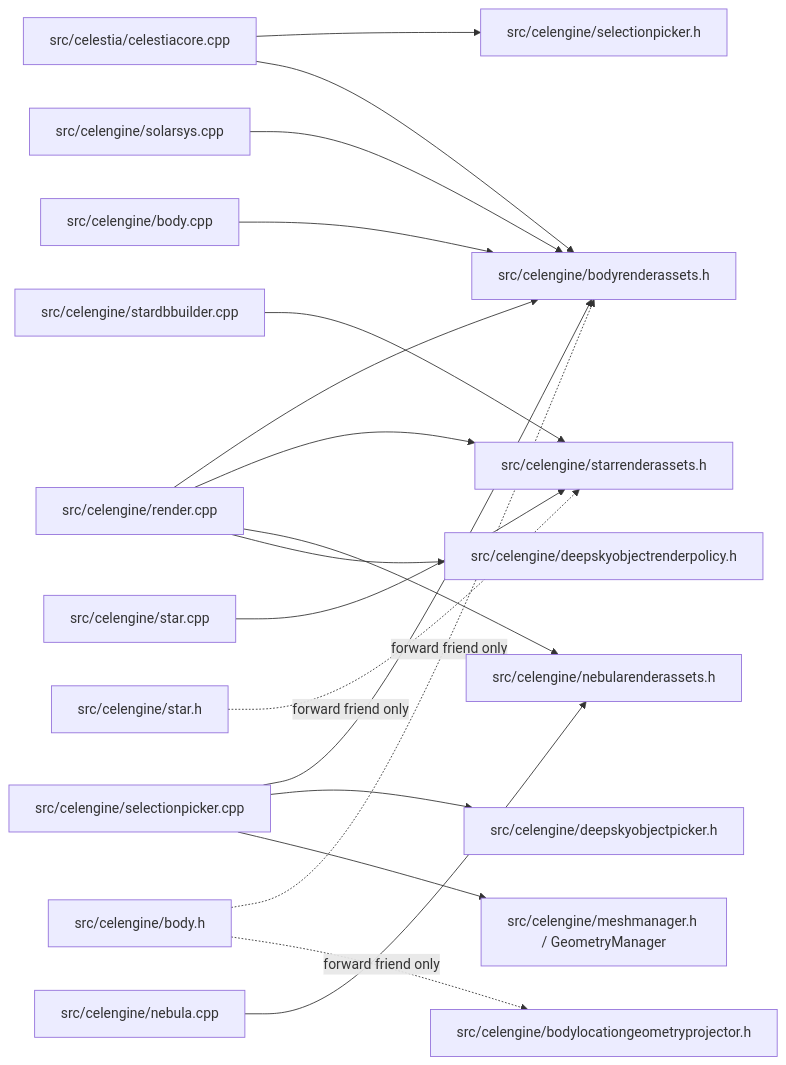
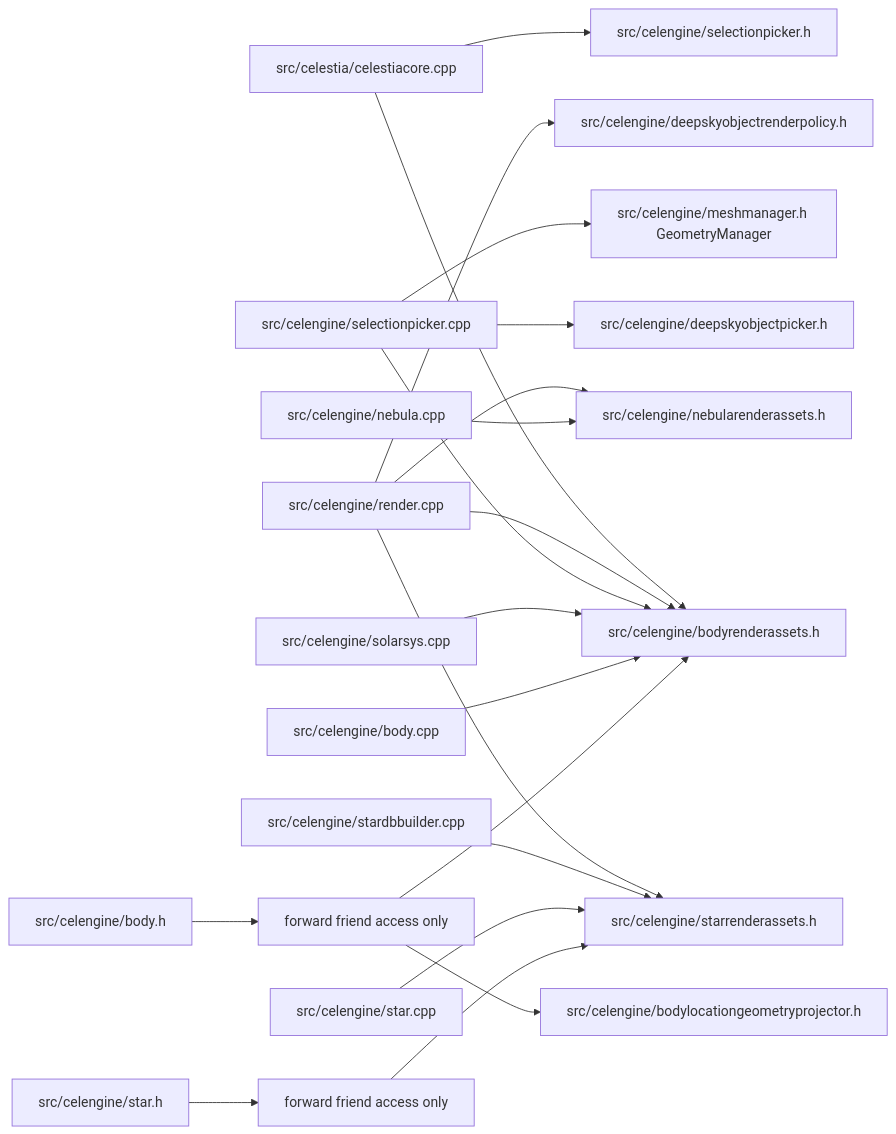
One commit to wgwtest/Celestia changed the third of 4 diagrams in DOC/CODEX_DOC/02_设计说明/02-05-Celestia标准MVC解耦与迁移映射说明.md. Above: the diagram before and after it, drawn with Mermaid. The commit also changed other lines of this file and 1 other file, not shown here.

Commit message:
docs: make MVC diagrams Typora compatible

````diff
--- a/DOC/CODEX_DOC/02_设计说明/02-05-Celestia标准MVC解耦与迁移映射说明.md
+++ b/DOC/CODEX_DOC/02_设计说明/02-05-Celestia标准MVC解耦与迁移映射说明.md
@@ -98,24 +94,26 @@
 ```mermaid
-flowchart LR
-    celestiaCore["src/celestia/celestiacore.cpp"] --> selectionPickerH["src/celengine/selectionpicker.h"]
-    celestiaCore --> bodyAssetsH["src/celengine/bodyrenderassets.h"]
+graph LR
+    CelestiaCoreCpp[src/celestia/celestiacore.cpp] --> SelectionPickerH[src/celengine/selectionpicker.h]
+    CelestiaCoreCpp --> BodyRenderAssetsH[src/celengine/bodyrenderassets.h]
 
-    renderCpp["src/celengine/render.cpp"] --> bodyAssetsH
-    renderCpp --> starAssetsH["src/celengine/starrenderassets.h"]
-    renderCpp --> nebulaAssetsH["src/celengine/nebularenderassets.h"]
-    renderCpp --> dsoPolicyH["src/celengine/deepskyobjectrenderpolicy.h"]
+    RenderCpp[src/celengine/render.cpp] --> BodyRenderAssetsH
+    RenderCpp --> StarRenderAssetsH[src/celengine/starrenderassets.h]
+    RenderCpp --> NebulaRenderAssetsH[src/celengine/nebularenderassets.h]
+    RenderCpp --> DsoPolicyH[src/celengine/deepskyobjectrenderpolicy.h]
 
-    selectionPickerCpp["src/celengine/selectionpicker.cpp"] --> bodyAssetsH
-    selectionPickerCpp --> dsoPickerH["src/celengine/deepskyobjectpicker.h"]
-    selectionPickerCpp --> geometryManager["src/celengine/meshmanager.h / GeometryManager"]
+    SelectionPickerCpp[src/celengine/selectionpicker.cpp] --> BodyRenderAssetsH
+    SelectionPickerCpp --> DsoPickerH[src/celengine/deepskyobjectpicker.h]
+    SelectionPickerCpp --> GeometryManager[src/celengine/meshmanager.h GeometryManager]
 
-    solarsysCpp["src/celengine/solarsys.cpp"] --> bodyAssetsH
-    stardbBuilderCpp["src/celengine/stardbbuilder.cpp"] --> starAssetsH
-    nebulaCpp["src/celengine/nebula.cpp"] --> nebulaAssetsH
-    bodyCpp["src/celengine/body.cpp"] --> bodyAssetsH
-    starCpp["src/celengine/star.cpp"] --> starAssetsH
+    SolarSysCpp[src/celengine/solarsys.cpp] --> BodyRenderAssetsH
+    StarDbBuilderCpp[src/celengine/stardbbuilder.cpp] --> StarRenderAssetsH
+    NebulaCpp[src/celengine/nebula.cpp] --> NebulaRenderAssetsH
+    BodyCpp[src/celengine/body.cpp] --> BodyRenderAssetsH
+    StarCpp[src/celengine/star.cpp] --> StarRenderAssetsH
 
-    bodyH["src/celengine/body.h"] -. "forward friend only" .-> bodyAssetsH
-    bodyH -. "forward friend only" .-> projectorH["src/celengine/bodylocationgeometryprojector.h"]
-    starH["src/celengine/star.h"] -. "forward friend only" .-> starAssetsH
+    BodyH[src/celengine/body.h] --> BodyForward[forward friend access only]
+    BodyForward --> BodyRenderAssetsH
+    BodyForward --> ProjectorH[src/celengine/bodylocationgeometryprojector.h]
+    StarH[src/celengine/star.h] --> StarForward[forward friend access only]
+    StarForward --> StarRenderAssetsH
 ```
````
